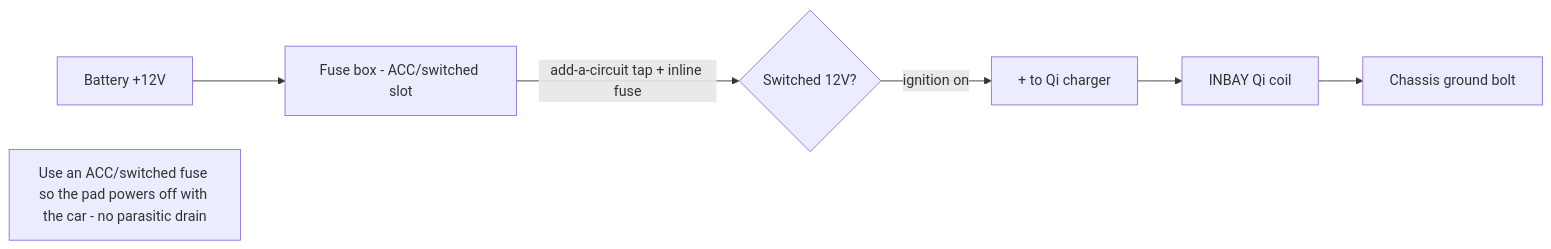
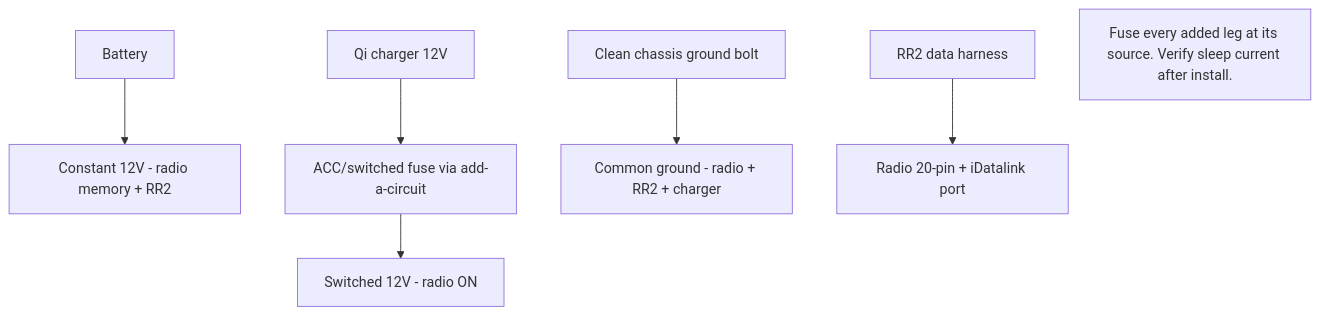
Before and after one commit to 2smok3d/focus-st: the second of 2 diagrams in docs/projects/cockpit-electronics.md, drawn with Mermaid. The commit also changed other lines of this file and 2 other files, not shown here.

````diff
--- a/docs/projects/cockpit-electronics.md
+++ b/docs/projects/cockpit-electronics.md
@@ -49,9 +52,9 @@
 ```mermaid
-flowchart LR
-    BAT[Battery +12V] --> FB[Fuse box - ACC/switched slot]
-    FB -->|add-a-circuit tap + inline fuse| SW{Switched 12V?}
-    SW -->|ignition on| POS[+ to Qi charger]
-    POS --> QI[INBAY Qi coil]
-    QI --> GND[Chassis ground bolt]
-    note[Use an ACC/switched fuse so the pad powers off with the car - no parasitic drain]
+flowchart TB
+    BATT[Battery] --> CONST[Constant 12V - radio memory + RR2]
+    FUSEACC[ACC/switched fuse via add-a-circuit] --> SW[Switched 12V - radio ON]
+    GNDBOLT[Clean chassis ground bolt] --> GND[Common ground - radio + RR2 + charger]
+    RR2DATA[RR2 data harness] --> HUCONN[Radio 20-pin + iDatalink port]
+    QISW[Qi charger 12V] --> FUSEACC
+    NOTE[Fuse every added leg at its source. Verify sleep current after install.]
 ```
````
